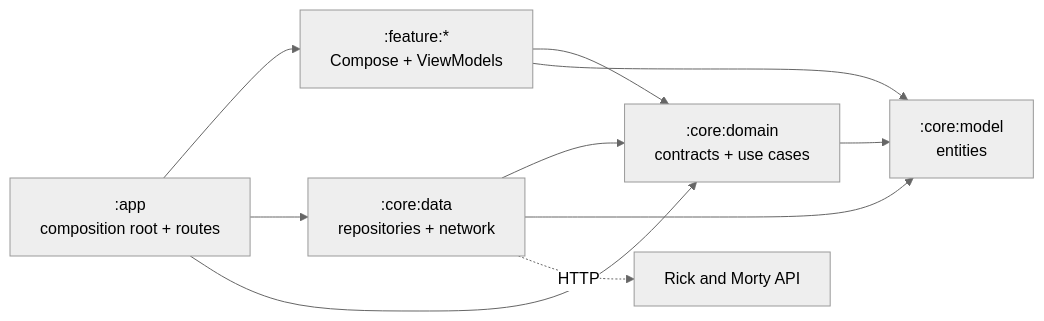
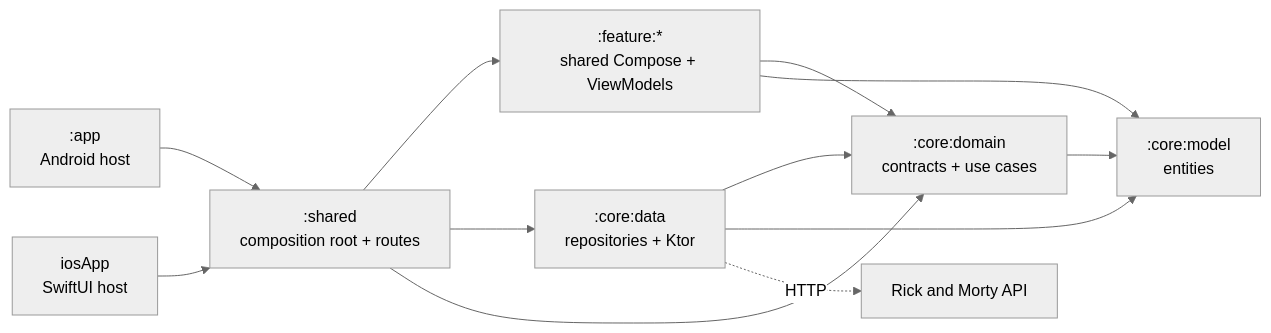
Before and after one commit to Deiivid/Android-Clean-Architecture-Sample: the diagram in README.md, drawn with Mermaid (neutral theme). The commit also changed other lines of this file and 498 other files, not shown here.

Commit message:
feat: share Android and iOS app with KMP

````diff
--- a/README.md
+++ b/README.md
@@ -76,12 +80,14 @@
 ```mermaid
 flowchart LR
-    APP[":app<br/>composition root + routes"] --> FEATURES[":feature:*<br/>Compose + ViewModels"]
-    APP --> DATA[":core:data<br/>repositories + network"]
-    APP --> DOMAIN[":core:domain<br/>contracts + use cases"]
+    ANDROID[":app<br/>Android host"] --> SHARED[":shared<br/>composition root + routes"]
+    IOS["iosApp<br/>SwiftUI host"] --> SHARED
+    SHARED --> FEATURES[":feature:*<br/>shared Compose + ViewModels"]
+    SHARED --> DATA[":core:data<br/>repositories + Ktor"]
+    SHARED --> DOMAIN[":core:domain<br/>contracts + use cases"]
     FEATURES --> DOMAIN
     FEATURES --> MODEL[":core:model<br/>entities"]
     DATA --> DOMAIN
     DATA --> MODEL
     DOMAIN --> MODEL
     DATA -. "HTTP" .-> API["Rick and Morty API"]
 ```
````
